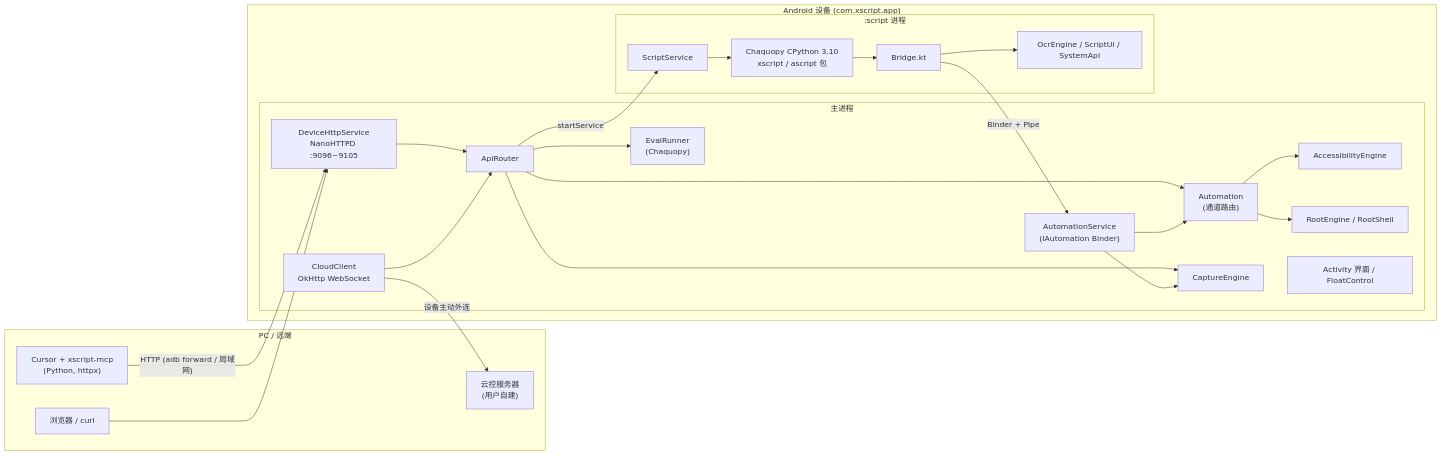
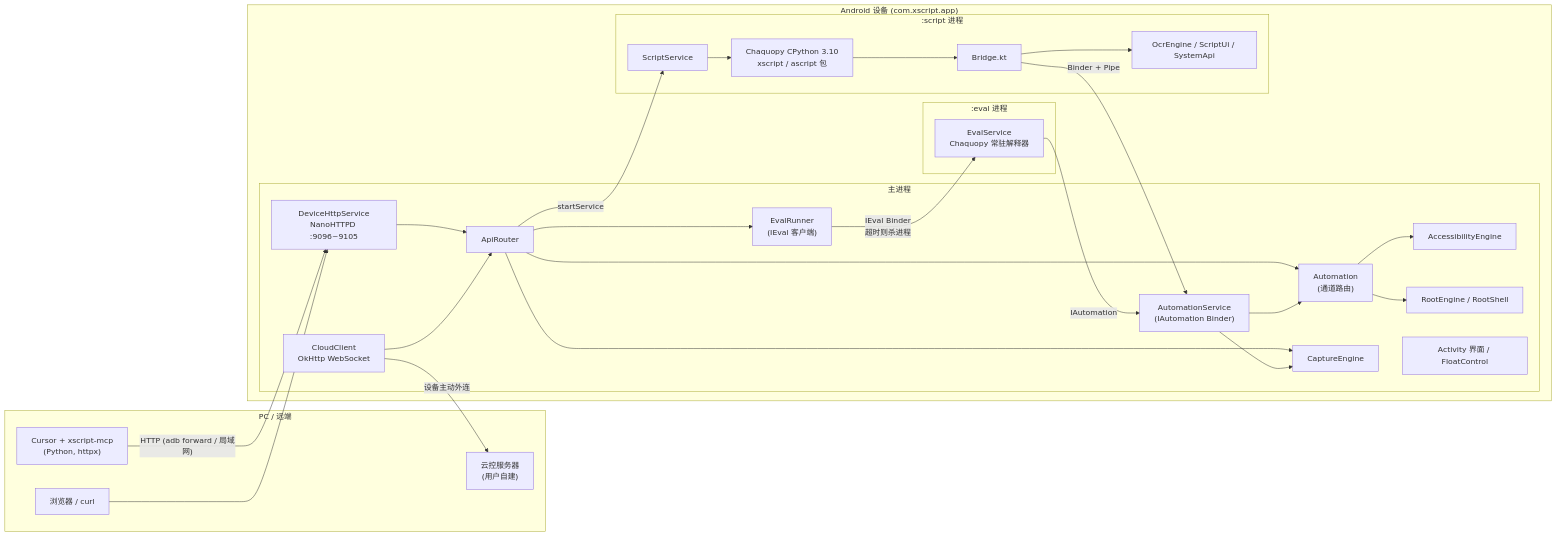
Before and after one commit to JackLuguibin/xscript: the first of 4 diagrams in docs/ARCHITECTURE.md, drawn with Mermaid. The commit also changed other lines of this file and 21 other files, not shown here.

First line of the commit message:
Implement EvalService for isolated code execution and enhance API handling

````diff
--- a/docs/ARCHITECTURE.md
+++ b/docs/ARCHITECTURE.md
@@ -9,45 +9,50 @@
 ```mermaid
 flowchart LR
     subgraph PC["PC / 远端"]
         Cursor["Cursor + xscript-mcp<br/>(Python, httpx)"]
         Browser["浏览器 / curl"]
         Cloud["云控服务器<br/>(用户自建)"]
     end
 
     subgraph Phone["Android 设备 (com.xscript.app)"]
         subgraph Main["主进程"]
             HTTP["DeviceHttpService<br/>NanoHTTPD :9096~9105"]
             WS["CloudClient<br/>OkHttp WebSocket"]
             Router["ApiRouter"]
             Auto["Automation<br/>(通道路由)"]
             A11y["AccessibilityEngine"]
             Root["RootEngine / RootShell"]
             Cap["CaptureEngine"]
             AIDL["AutomationService<br/>(IAutomation Binder)"]
-            Eval["EvalRunner<br/>(Chaquopy)"]
+            Eval["EvalRunner<br/>(IEval 客户端)"]
             UI["Activity 界面 / FloatControl"]
+        end
+        subgraph EvalP[":eval 进程"]
+            ES["EvalService<br/>Chaquopy 常驻解释器"]
         end
         subgraph Script[":script 进程"]
             SS["ScriptService"]
             Py["Chaquopy CPython 3.10<br/>xscript / ascript 包"]
             Bridge["Bridge.kt"]
             Local["OcrEngine / ScriptUi / SystemApi"]
         end
     end
 
     Cursor -- "HTTP (adb forward / 局域网)" --> HTTP
     Browser --> HTTP
     WS -- "设备主动外连" --> Cloud
     HTTP --> Router
     WS --> Router
     Router --> Auto
     Router --> Eval
+    Eval -- "IEval Binder<br/>超时则杀进程" --> ES
+    ES -- "IAutomation" --> AIDL
     Router -- "startService" --> SS
     Auto --> A11y
     Auto --> Root
     Router --> Cap
     SS --> Py --> Bridge
     Bridge --> Local
     Bridge -- "Binder + Pipe" --> AIDL --> Auto
     AIDL --> Cap
 ```
````
